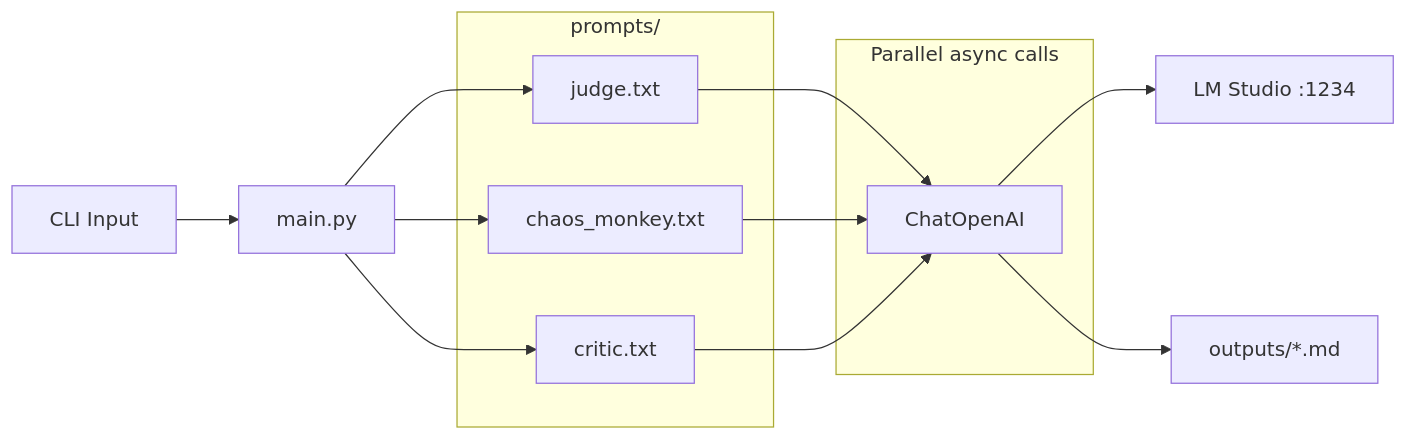
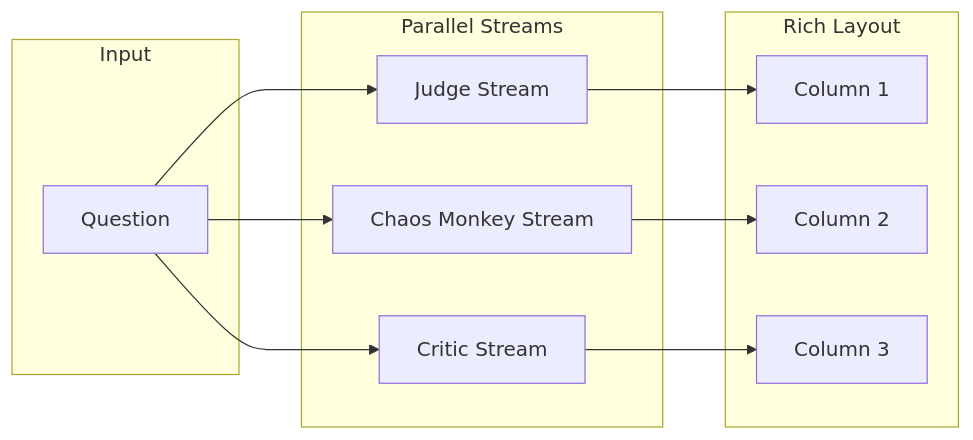
One commit to machinedge/prizms-oss changed the diagram in evaluations/llm-orchestration-toolchains/langchain/README.md. Above: the diagram before and after it, drawn with Mermaid. The commit also changed other lines of this file and 2 other files, not shown here.

Commit message:
Enhance README and main.py for multi-column streaming display; separate output files into chain-of-thought and answer formats. Add Rich library for terminal UI improvements.

````diff
--- a/evaluations/llm-orchestration-toolchains/langchain/README.md
+++ b/evaluations/llm-orchestration-toolchains/langchain/README.md
@@ -7,23 +7,20 @@
 ```mermaid
 flowchart LR
-    CLI[CLI Input] --> Main[main.py]
-    
-    subgraph prompts_dir [prompts/]
-        JudgeFile[judge.txt]
-        ChaosFile[chaos_monkey.txt]
-        CriticFile[critic.txt]
+    subgraph input [Input]
+        Q[Question]
     end
-    
-    Main --> JudgeFile
-    Main --> ChaosFile
-    Main --> CriticFile
-    
-    subgraph async_calls [Parallel async calls]
-        JudgeFile --> LLM[ChatOpenAI]
-        ChaosFile --> LLM
-        CriticFile --> LLM
+    subgraph parallel [Parallel Streams]
+        J[Judge Stream]
+        C[Chaos Monkey Stream]
+        R[Critic Stream]
     end
-    
-    LLM --> LMStudio[LM Studio :1234]
-    LLM --> Output[outputs/*.md]
+    subgraph display [Rich Layout]
+        Col1[Column 1]
+        Col2[Column 2]
+        Col3[Column 3]
+    end
+    Q --> J & C & R
+    J --> Col1
+    C --> Col2
+    R --> Col3
 ```
````
